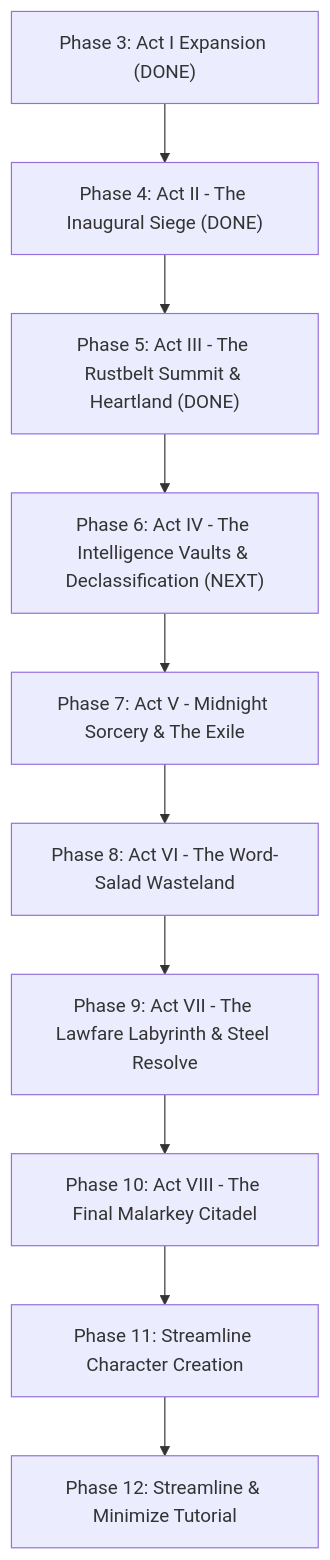
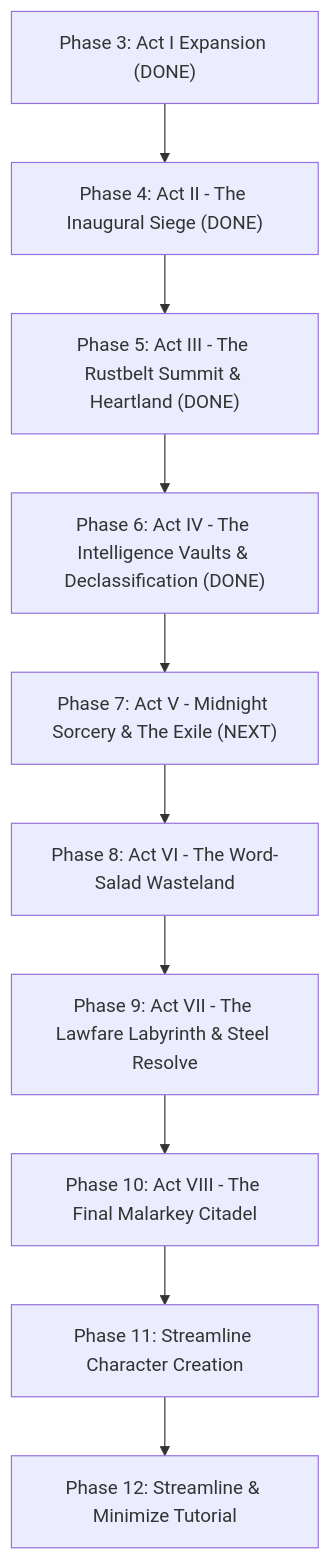
The diagram in PROJECT_HANDOFF_PLAN.md (Todd0042/commander-america-rpg), drawn with Mermaid before and after one commit. The commit also changed other lines of this file and 4 other files, not shown here.

````diff
--- a/PROJECT_HANDOFF_PLAN.md
+++ b/PROJECT_HANDOFF_PLAN.md
@@ -134,12 +143,12 @@
 ```mermaid
 flowchart TD
     P3["Phase 3: Act I Expansion (DONE)"] --> P4["Phase 4: Act II - The Inaugural Siege (DONE)"]
     P4 --> P5["Phase 5: Act III - The Rustbelt Summit & Heartland (DONE)"]
-    P5 --> P6["Phase 6: Act IV - The Intelligence Vaults & Declassification (NEXT)"]
-    P6 --> P7["Phase 7: Act V - Midnight Sorcery & The Exile"]
+    P5 --> P6["Phase 6: Act IV - The Intelligence Vaults & Declassification (DONE)"]
+    P6 --> P7["Phase 7: Act V - Midnight Sorcery & The Exile (NEXT)"]
     P7 --> P8["Phase 8: Act VI - The Word-Salad Wasteland"]
     P8 --> P9["Phase 9: Act VII - The Lawfare Labyrinth & Steel Resolve"]
     P9 --> P10["Phase 10: Act VIII - The Final Malarkey Citadel"]
     P10 --> P11["Phase 11: Streamline Character Creation"]
     P11 --> P12["Phase 12: Streamline & Minimize Tutorial"]
 ```
````
